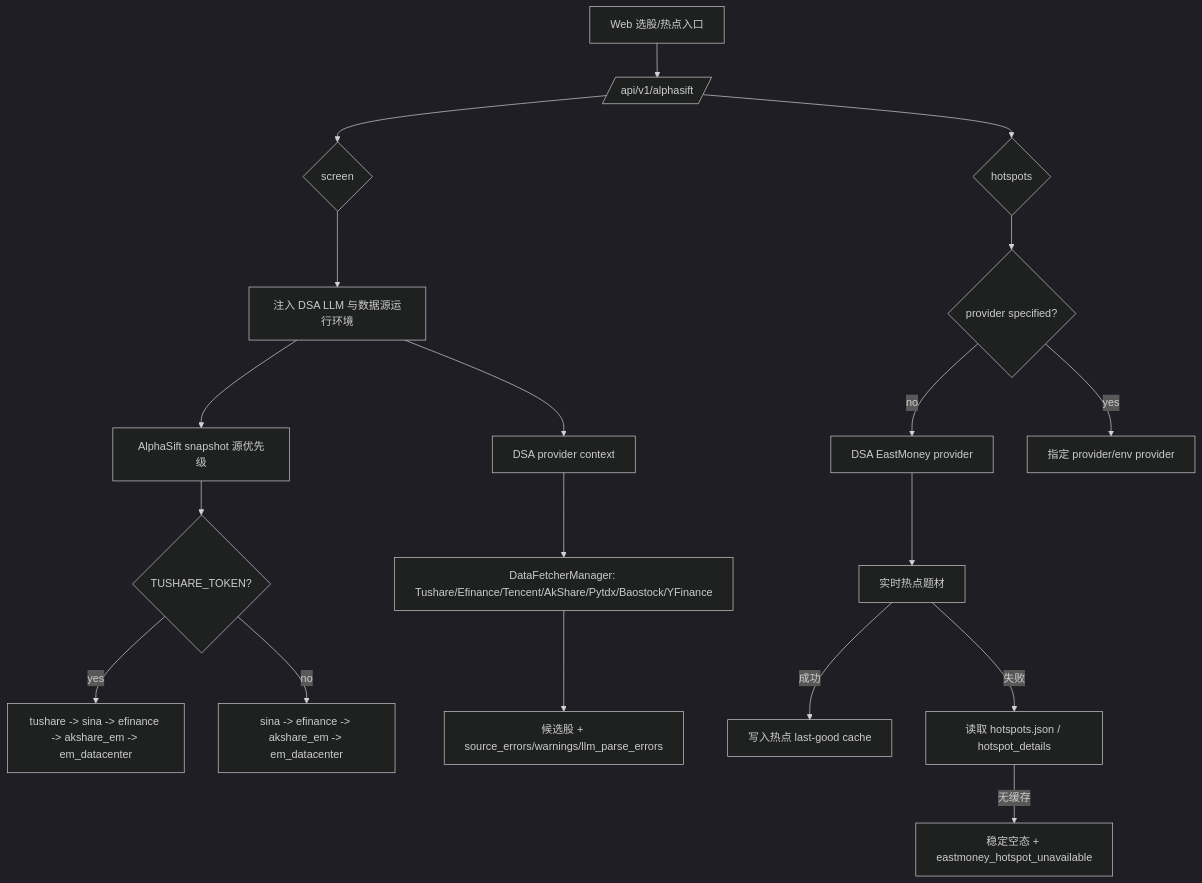
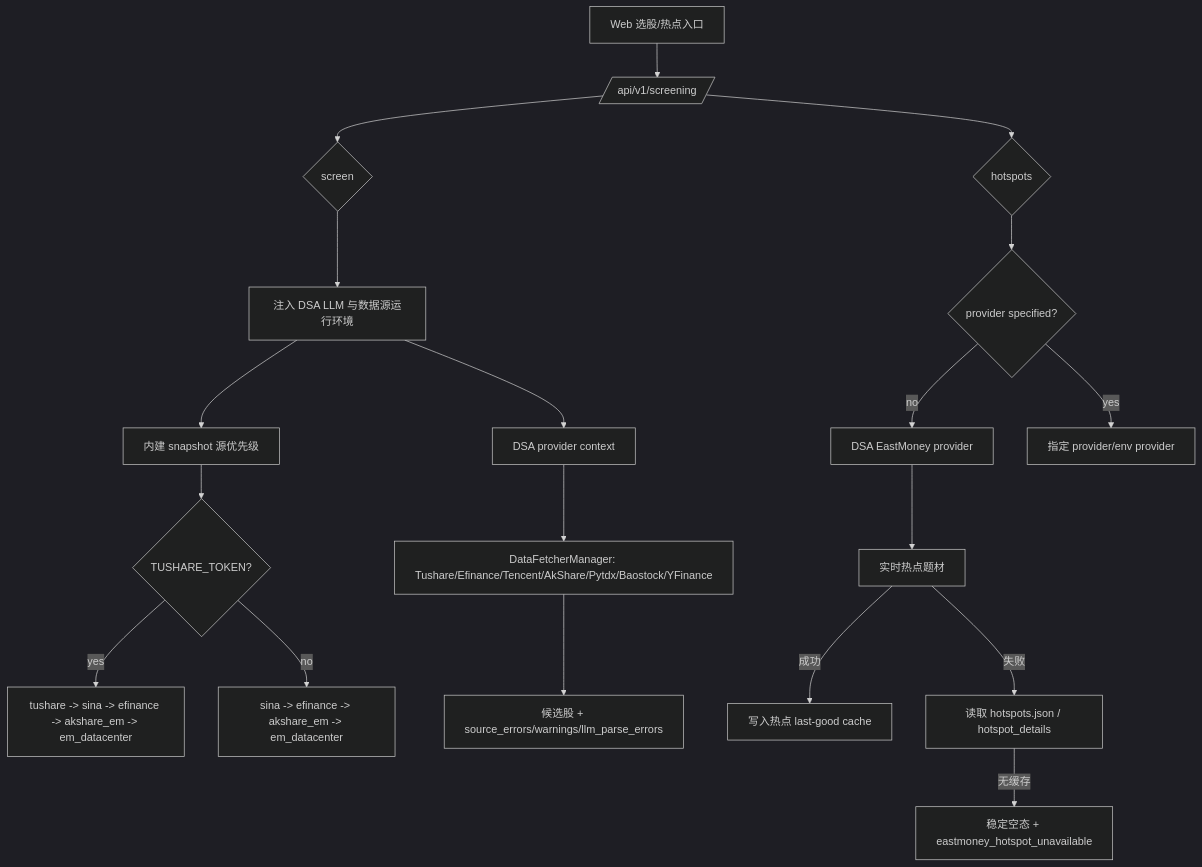
The third of 3 diagrams in docs/data-source-stability.md (fmaresca/daily_stock_analysis), drawn with Mermaid (dark theme) before and after one commit. The commit also changed other lines of this file and 85 other files, not shown here.

First line of the commit message:
feat: 将参考 AlphaSift 的选股实现纳入主项目 (#2136)

````diff
--- a/docs/data-source-stability.md
+++ b/docs/data-source-stability.md
@@ -96,23 +96,23 @@
 ```mermaid
 flowchart TD
-    UI[Web 选股/热点入口] --> API[/api/v1/alphasift/]
+    UI[Web 选股/热点入口] --> API[/api/v1/screening/]
 
     API --> SCREEN{screen}
     SCREEN --> ENV[注入 DSA LLM 与数据源运行环境]
-    ENV --> SNAP[AlphaSift snapshot 源优先级]
+    ENV --> SNAP[内建 snapshot 源优先级]
     SNAP --> TS{TUSHARE_TOKEN?}
     TS -->|yes| SP1[tushare -> sina -> efinance -> akshare_em -> em_datacenter]
     TS -->|no| SP2[sina -> efinance -> akshare_em -> em_datacenter]
     ENV --> DAILY[DSA provider context]
     DAILY --> DFM[DataFetcherManager: Tushare/Efinance/Tencent/AkShare/Pytdx/Baostock/YFinance]
     DFM --> RESULT[候选股 + source_errors/warnings/llm_parse_errors]
 
     API --> HOT{hotspots}
     HOT --> HP{provider specified?}
     HP -->|no| EM[DSA EastMoney provider]
     HP -->|yes| CUSTOM[指定 provider/env provider]
     EM --> LIVE[实时热点题材]
     LIVE -->|成功| HCACHE[写入热点 last-good cache]
     LIVE -->|失败| OLD[读取 hotspots.json / hotspot_details]
     OLD -->|无缓存| EMPTY[稳定空态 + eastmoney_hotspot_unavailable]
 ```
````
